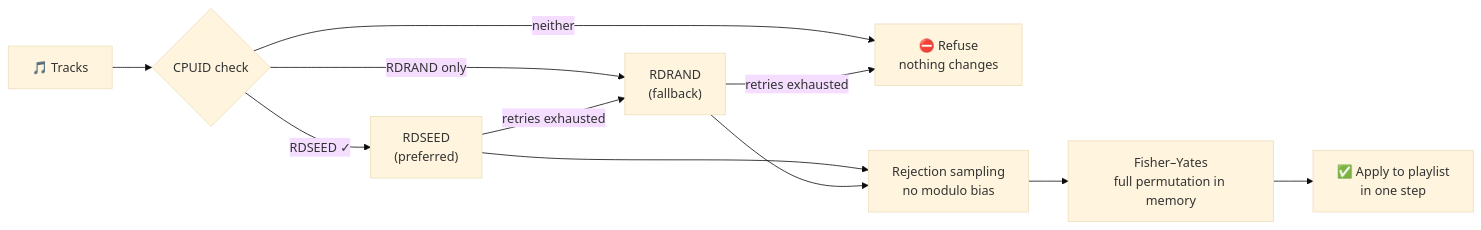
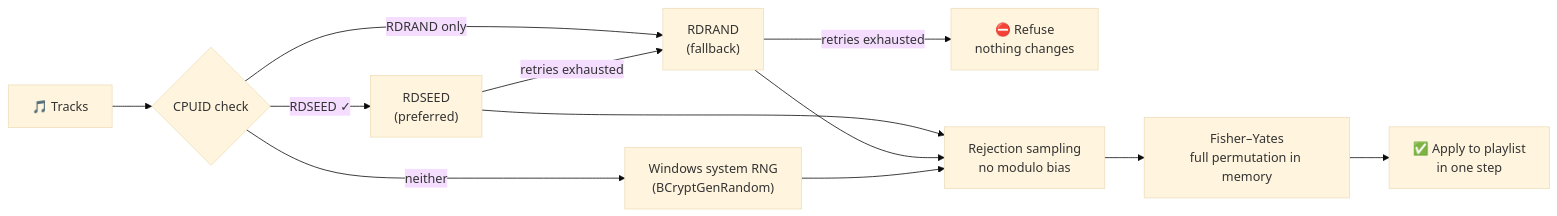
Before and after one commit to Echolivity/foo-true-random: the diagram in README.md, drawn with Mermaid (base theme). The commit also changed other lines of this file and 16 other files, not shown here.

First line of the commit message:
Use the Windows RNG on CPUs without RDSEED/RDRAND (1.1.0)

````diff
--- a/README.md
+++ b/README.md
@@ -68,13 +69,14 @@
 ```mermaid
 flowchart LR
     A["🎵 Tracks"] --> B{"CPUID check"}
     B -- "RDSEED ✓" --> C["RDSEED<br/>(preferred)"]
     B -- "RDRAND only" --> D["RDRAND<br/>(fallback)"]
-    B -- "neither" --> X["⛔ Refuse<br/>nothing changes"]
+    B -- "neither" --> W["Windows system RNG<br/>(BCryptGenRandom)"]
     C -- "retries exhausted" --> D
-    D -- "retries exhausted" --> X
+    D -- "retries exhausted" --> X["⛔ Refuse<br/>nothing changes"]
     C --> E["Rejection sampling<br/>no modulo bias"]
     D --> E
+    W --> E
     E --> F["Fisher–Yates<br/>full permutation in memory"]
     F --> G["✅ Apply to playlist<br/>in one step"]
 ```
````
